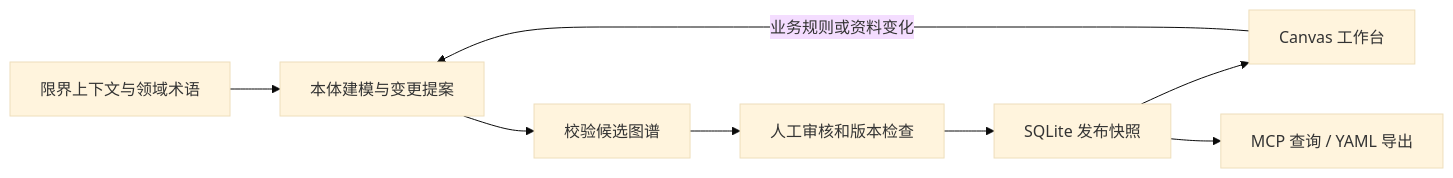
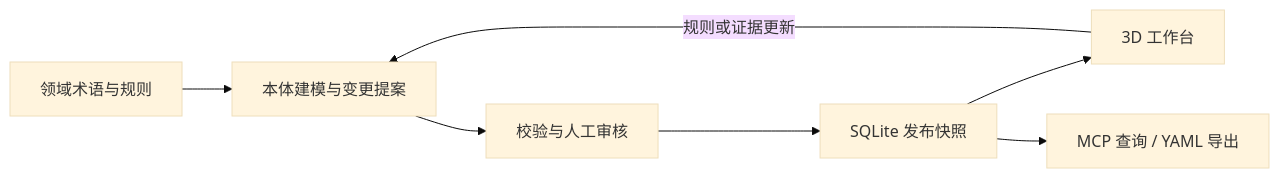
The diagram in README.md (shanghe000/domain-grove), drawn with Mermaid (base theme) before and after one commit. The commit also changed other lines of this file and 1 other file, not shown here.

````diff
--- a/README.md
+++ b/README.md
@@ -53,10 +81,9 @@
 ```mermaid
 flowchart LR
-    C["限界上下文与领域术语"] --> D["本体建模与变更提案"]
-    D --> V["校验候选图谱"]
-    V --> R["人工审核和版本检查"]
+    D["领域术语与规则"] --> P["本体建模与变更提案"]
+    P --> R["校验与人工审核"]
     R --> S["SQLite 发布快照"]
-    S --> W["Canvas 工作台"]
+    S --> W["3D 工作台"]
     S --> M["MCP 查询 / YAML 导出"]
-    W -->|业务规则或资料变化| D
+    W -->|规则或证据更新| P
 ```
````
